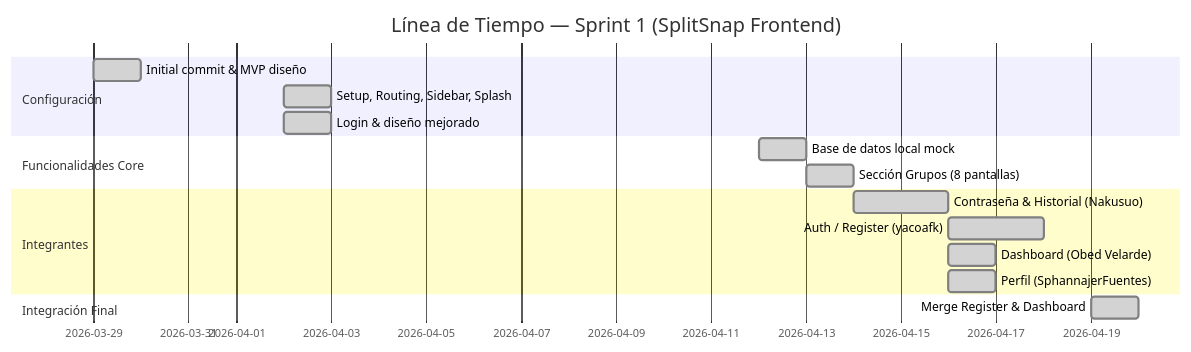
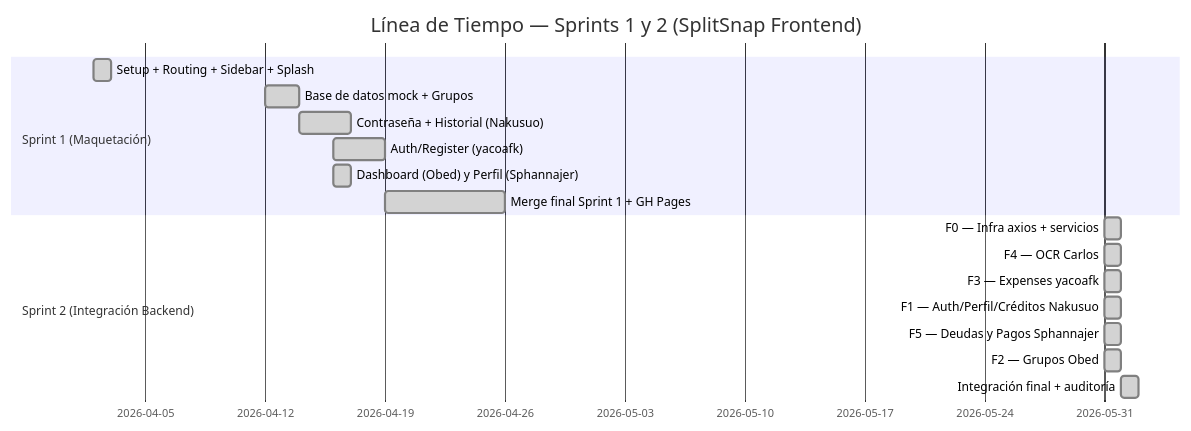
The fourth of 4 diagrams in README.md (Carlos-Huane/SplitSnap-FrontEnd), drawn with Mermaid before and after one commit. The commit also changed other lines of this file, not shown here.

First line of the commit message:
docs(readme): actualizar al estado del Sprint 2 (integracion backend)

````diff
--- a/README.md
+++ b/README.md
@@ -208,19 +237,22 @@
 ```mermaid
 gantt
-    title Línea de Tiempo — Sprint 1 (SplitSnap Frontend)
+    title Línea de Tiempo — Sprints 1 y 2 (SplitSnap Frontend)
     dateFormat  YYYY-MM-DD
-    section Configuración
-    Initial commit & MVP diseño        :done, 2026-03-29, 2026-03-30
-    Setup, Routing, Sidebar, Splash    :done, 2026-04-02, 1d
-    Login & diseño mejorado            :done, 2026-04-02, 1d
-    section Funcionalidades Core
-    Base de datos local mock           :done, 2026-04-12, 1d
-    Sección Grupos (8 pantallas)       :done, 2026-04-13, 1d
-    section Integrantes
-    Contraseña & Historial (Nakusuo)   :done, 2026-04-14, 2026-04-16
-    Auth / Register (yacoafk)          :done, 2026-04-16, 2026-04-18
-    Dashboard (Obed Velarde)           :done, 2026-04-16, 1d
-    Perfil (SphannajerFuentes)         :done, 2026-04-16, 1d
-    section Integración Final
-    Merge Register & Dashboard         :done, 2026-04-19, 1d
+
+    section Sprint 1 (Maquetación)
+    Setup + Routing + Sidebar + Splash      :done, 2026-04-02, 1d
+    Base de datos mock + Grupos             :done, 2026-04-12, 2d
+    Contraseña + Historial (Nakusuo)        :done, 2026-04-14, 3d
+    Auth/Register (yacoafk)                 :done, 2026-04-16, 3d
+    Dashboard (Obed) y Perfil (Sphannajer)  :done, 2026-04-16, 1d
+    Merge final Sprint 1 + GH Pages         :done, 2026-04-19, 7d
+
+    section Sprint 2 (Integración Backend)
+    F0 — Infra axios + servicios            :done, 2026-05-31, 1d
+    F4 — OCR Carlos                         :done, 2026-05-31, 1d
+    F3 — Expenses yacoafk                   :done, 2026-05-31, 1d
+    F1 — Auth/Perfil/Créditos Nakusuo       :done, 2026-05-31, 1d
+    F5 — Deudas y Pagos Sphannajer          :done, 2026-05-31, 1d
+    F2 — Grupos Obed                        :done, 2026-05-31, 1d
+    Integración final + auditoría           :done, 2026-06-01, 1d
 ```
````
